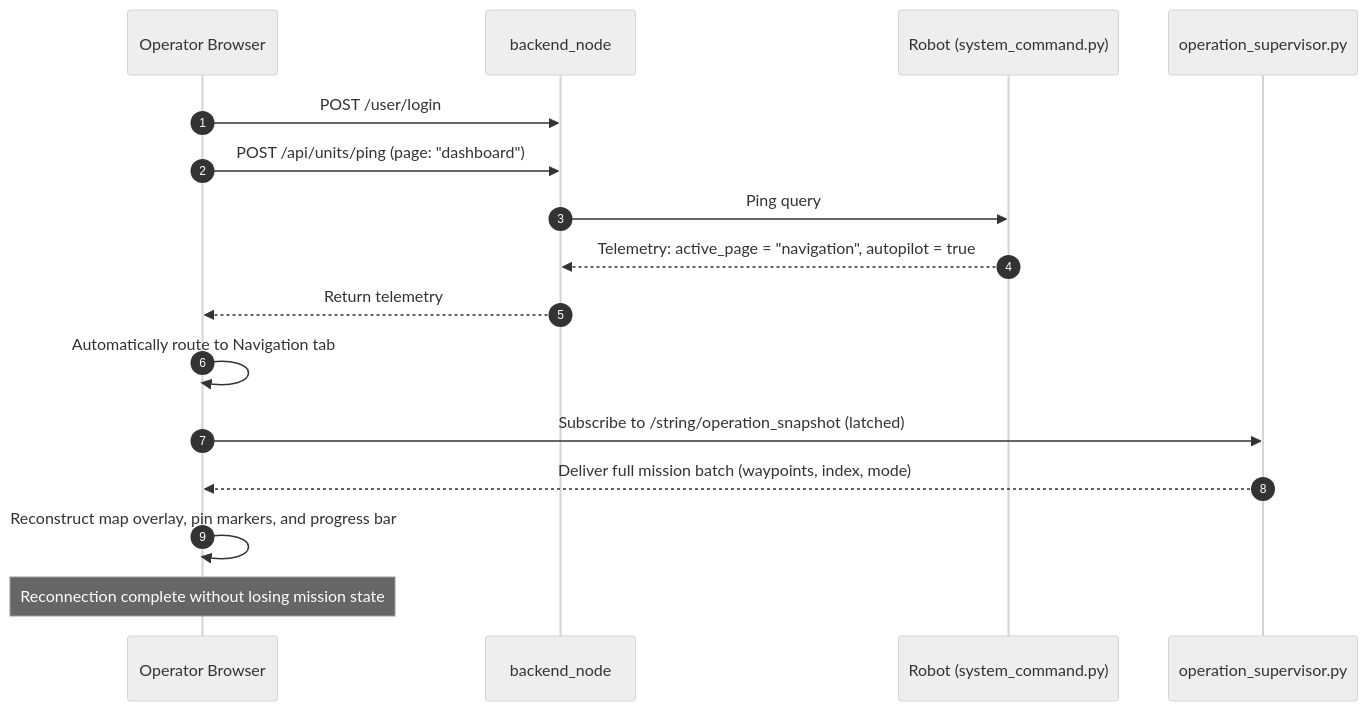
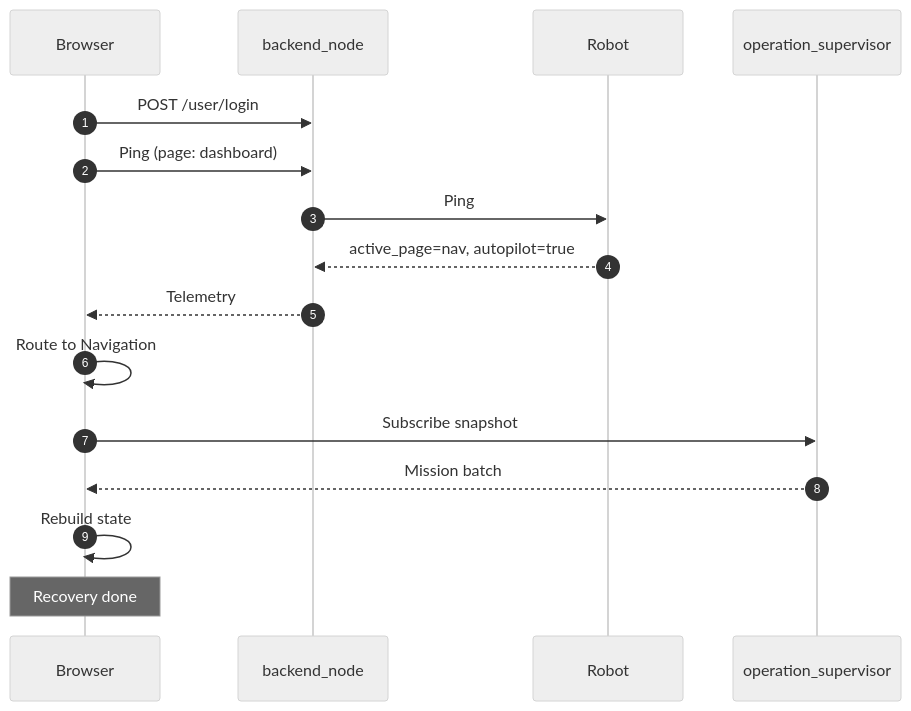
Before and after one commit to itbdelaboprogramming/msd700_documentation: the diagram in docs/id/development/webui/navigation/manual-and-autopilot.md, drawn with Mermaid (neutral theme). The commit also changed 11 other files, not shown here.

Commit message:
feat: add diagram and LaTex support

````diff
--- a/docs/id/development/webui/navigation/manual-and-autopilot.md
+++ b/docs/id/development/webui/navigation/manual-and-autopilot.md
@@ -78,19 +78,19 @@
 ```mermaid
 sequenceDiagram
   autonumber
-  participant Browser as Operator Browser
+  participant Browser as Browser
   participant Backend as backend_node
-  participant Robot as Robot (system_command.py)
-  participant Supervisor as operation_supervisor.py
+  participant Robot as Robot
+  participant Supervisor as operation_supervisor
 
   Browser->>Backend: POST /user/login
-  Browser->>Backend: POST /api/units/ping (page: "dashboard")
-  Backend->>Robot: Ping query
-  Robot-->>Backend: Telemetry: active_page = "navigation", autopilot = true
-  Backend-->>Browser: Return telemetry
-  Browser->>Browser: Automatically route to Navigation tab
-  Browser->>Supervisor: Subscribe to /string/operation_snapshot (latched)
-  Supervisor-->>Browser: Deliver full mission batch (waypoints, index, mode)
-  Browser->>Browser: Reconstruct map overlay, pin markers, and progress bar
-  Note over Browser: Reconnection complete without losing mission state
+  Browser->>Backend: Ping (page: dashboard)
+  Backend->>Robot: Ping
+  Robot-->>Backend: active_page=nav, autopilot=true
+  Backend-->>Browser: Telemetry
+  Browser->>Browser: Route to Navigation
+  Browser->>Supervisor: Subscribe snapshot
+  Supervisor-->>Browser: Mission batch
+  Browser->>Browser: Rebuild state
+  Note over Browser: Recovery done
 ```
````
